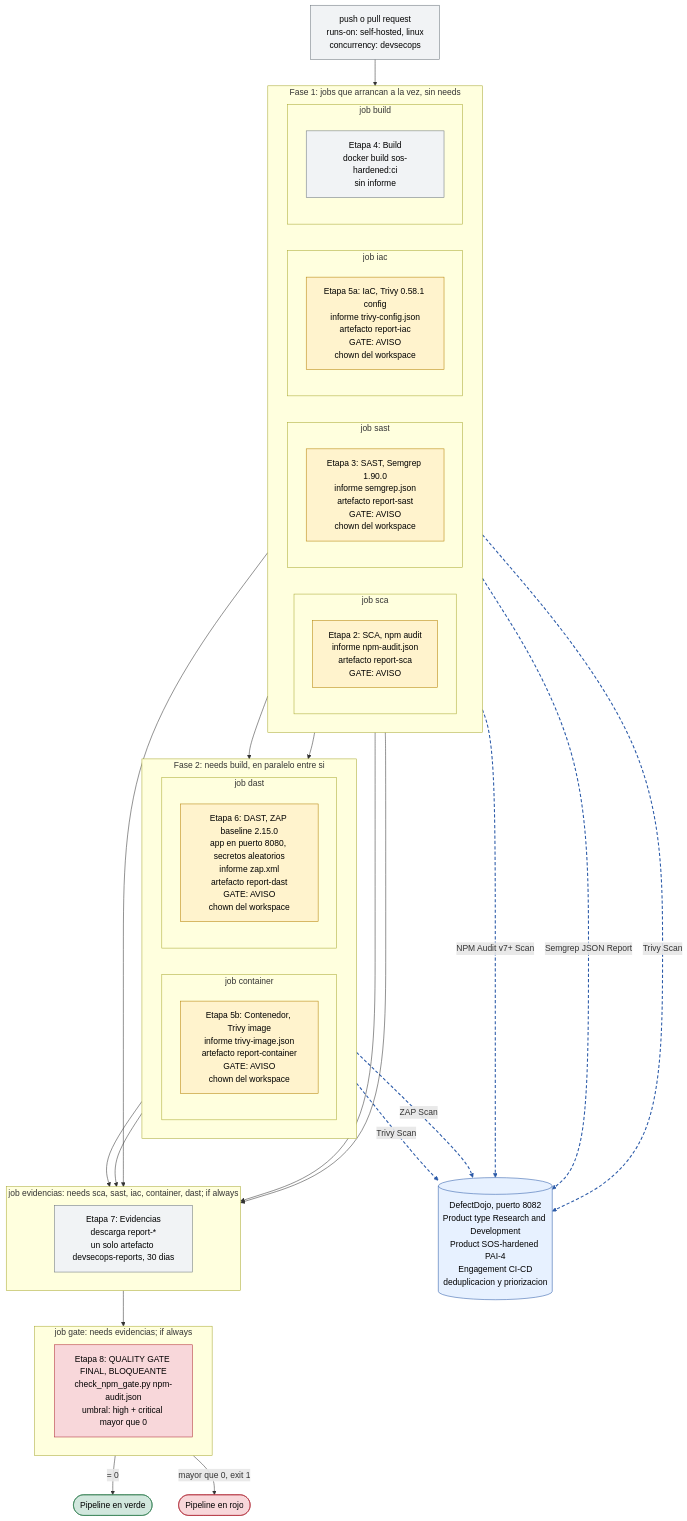
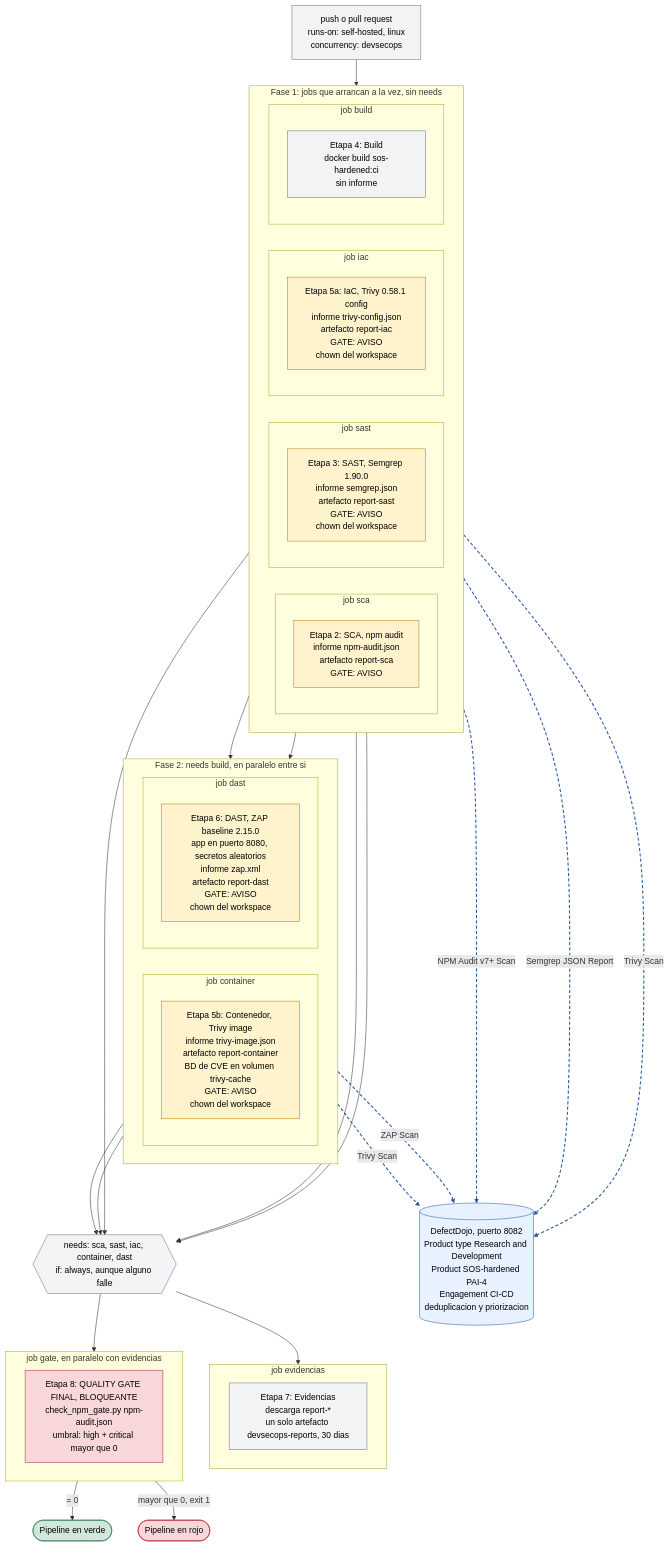
One commit to Ridawo/SOS-hardened changed the diagram in devsecops/diagrams/pipeline.mmd. Above: the diagram before and after it, drawn with Mermaid. The commit also changed 1 other file, not shown here.

Commit message:
docs(devsecops): redraw the pipeline diagram for the new gate needs

```diff
--- a/devsecops/diagrams/pipeline.mmd
+++ b/devsecops/diagrams/pipeline.mmd
@@ -1,72 +1,74 @@
 %% Diagrama 1.a: pipeline DevSecOps de SOS-hardened (GitHub Actions, runner self-hosted)
 %% Fichero del pipeline: .github/workflows/devsecops.yml (8 jobs)
 %% Amarillo = quality gate en modo AVISO, rojo = quality gate BLOQUEANTE, azul = DefectDojo
 flowchart TD
     DEV["push o pull request<br/>runs-on: self-hosted, linux<br/>concurrency: devsecops"]
 
     subgraph P["Fase 1: jobs que arrancan a la vez, sin needs"]
         direction LR
         subgraph J1["job sca"]
             SCA["Etapa 2: SCA, npm audit<br/>informe npm-audit.json<br/>artefacto report-sca<br/>GATE: AVISO"]
         end
         subgraph J2["job sast"]
             SAST["Etapa 3: SAST, Semgrep 1.90.0<br/>informe semgrep.json<br/>artefacto report-sast<br/>GATE: AVISO<br/>chown del workspace"]
         end
         subgraph J3["job iac"]
             IAC["Etapa 5a: IaC, Trivy 0.58.1 config<br/>informe trivy-config.json<br/>artefacto report-iac<br/>GATE: AVISO<br/>chown del workspace"]
         end
         subgraph J4["job build"]
             BUILD["Etapa 4: Build<br/>docker build sos-hardened:ci<br/>sin informe"]
         end
     end
 
     subgraph Q["Fase 2: needs build, en paralelo entre si"]
         direction LR
         subgraph J5["job container"]
-            CONT["Etapa 5b: Contenedor, Trivy image<br/>informe trivy-image.json<br/>artefacto report-container<br/>GATE: AVISO<br/>chown del workspace"]
+            CONT["Etapa 5b: Contenedor, Trivy image<br/>informe trivy-image.json<br/>artefacto report-container<br/>BD de CVE en volumen trivy-cache<br/>GATE: AVISO<br/>chown del workspace"]
         end
         subgraph J6["job dast"]
             DAST["Etapa 6: DAST, ZAP baseline 2.15.0<br/>app en puerto 8080, secretos aleatorios<br/>informe zap.xml<br/>artefacto report-dast<br/>GATE: AVISO<br/>chown del workspace"]
         end
     end
 
-    subgraph J7["job evidencias: needs sca, sast, iac, container, dast; if always"]
+    subgraph J7["job evidencias"]
         EVI["Etapa 7: Evidencias<br/>descarga report-*<br/>un solo artefacto devsecops-reports, 30 dias"]
     end
 
-    subgraph J8["job gate: needs evidencias; if always"]
+    subgraph J8["job gate, en paralelo con evidencias"]
         GATE["Etapa 8: QUALITY GATE FINAL, BLOQUEANTE<br/>check_npm_gate.py npm-audit.json<br/>umbral: high + critical mayor que 0"]
     end
 
     DEV --> P
     P ~~~ Q
     J4 --> J5
     J4 --> J6
-    J1 --> J7
-    J2 --> J7
-    J3 --> J7
-    J5 --> J7
-    J6 --> J7
-    J7 --> J8
+    FIN{{"needs: sca, sast, iac, container, dast<br/>if: always, aunque alguno falle"}}
+    J1 --> FIN
+    J2 --> FIN
+    J3 --> FIN
+    J5 --> FIN
+    J6 --> FIN
+    FIN --> J7
+    FIN --> J8
     J8 -->|"= 0"| OK(["Pipeline en verde"])
     J8 -->|"mayor que 0, exit 1"| KO(["Pipeline en rojo"])
 
     DOJO[("DefectDojo, puerto 8082<br/>Product type Research and Development<br/>Product SOS-hardened PAI-4<br/>Engagement CI-CD<br/>deduplicacion y priorizacion")]
 
     J1 -.->|"NPM Audit v7+ Scan"| DOJO
     J2 -.->|"Semgrep JSON Report"| DOJO
     J3 -.->|"Trivy Scan"| DOJO
     J5 -.->|"Trivy Scan"| DOJO
     J6 -.->|"ZAP Scan"| DOJO
 
     classDef aviso fill:#fff3cd,stroke:#b58105,color:#000
     classDef bloqueante fill:#f8d7da,stroke:#b02a37,color:#000
     classDef ok fill:#d1e7dd,stroke:#2f7d4f,color:#000
     classDef dojo fill:#e7f1ff,stroke:#2b5aa8,color:#000
     classDef neutro fill:#f1f3f5,stroke:#6c757d,color:#000
     class SCA,SAST,IAC,CONT,DAST aviso
     class GATE,KO bloqueante
     class OK ok
     class DOJO dojo
-    class BUILD,EVI,DEV neutro
-    linkStyle 12,13,14,15,16 stroke:#2b5aa8,stroke-width:2px,stroke-dasharray:6 4
+    class BUILD,EVI,DEV,FIN neutro
+    linkStyle 13,14,15,16,17 stroke:#2b5aa8,stroke-width:2px,stroke-dasharray:6 4
```
